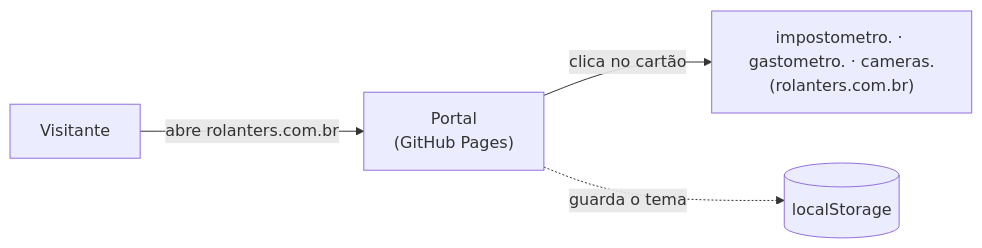
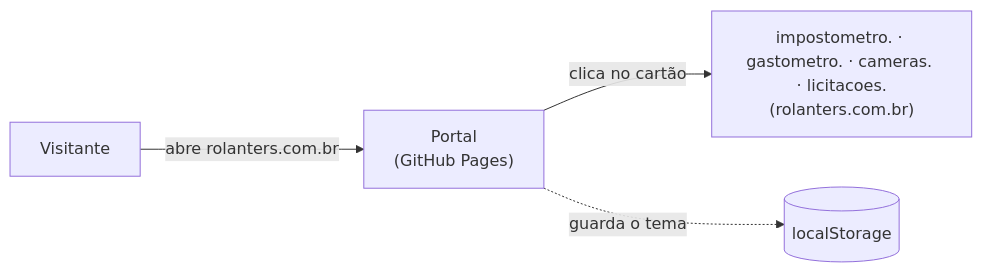
The diagram in README.md (filipesfbr/portal-rolante), drawn with Mermaid before and after one commit. The commit also changed other lines of this file and 4 other files, not shown here.

Commit message:
feat: cartão do Licitações Rolante e grade com 4 cartões lado a lado

````diff
--- a/README.md
+++ b/README.md
@@ -34,6 +34,6 @@
 ```mermaid
 flowchart LR
     V["Visitante"] -- "abre rolanters.com.br" --> P["Portal<br/>(GitHub Pages)"]
-    P -- "clica no cartão" --> S["impostometro. · gastometro. · cameras.<br/>(rolanters.com.br)"]
+    P -- "clica no cartão" --> S["impostometro. · gastometro. · cameras. · licitacoes.<br/>(rolanters.com.br)"]
     P -. "guarda o tema" .-> L[("localStorage")]
 ```
````
